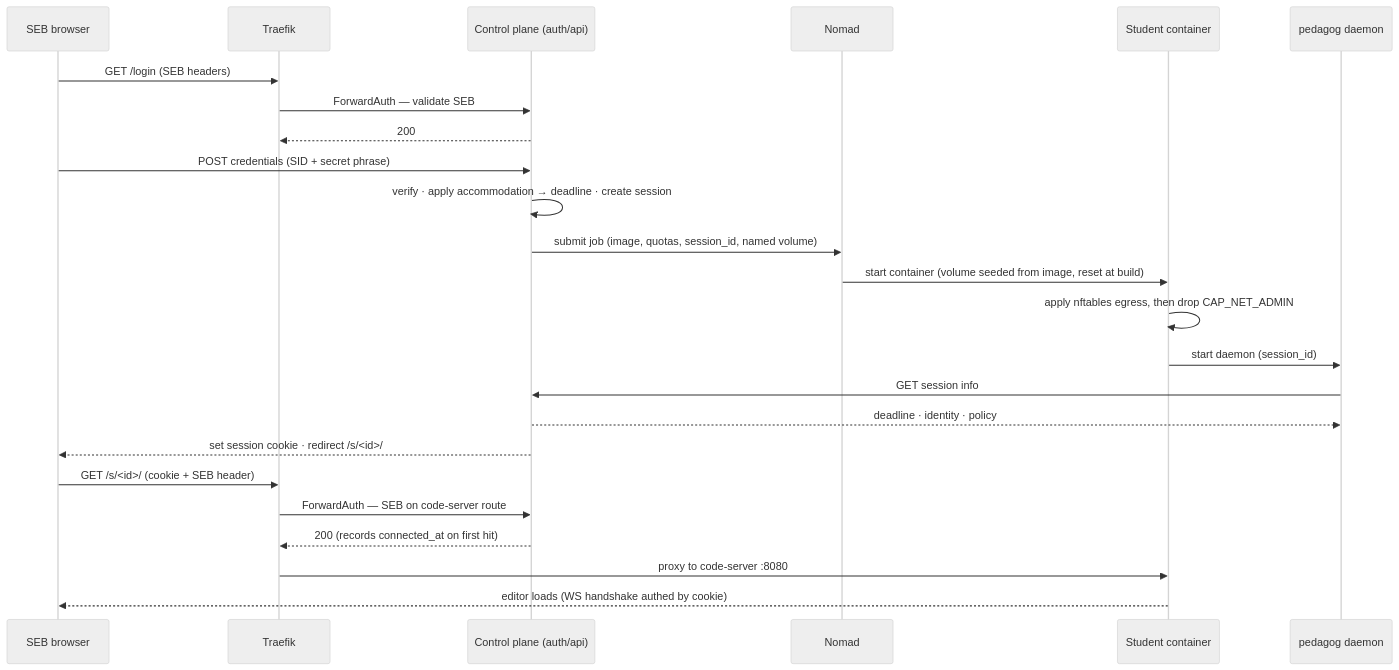
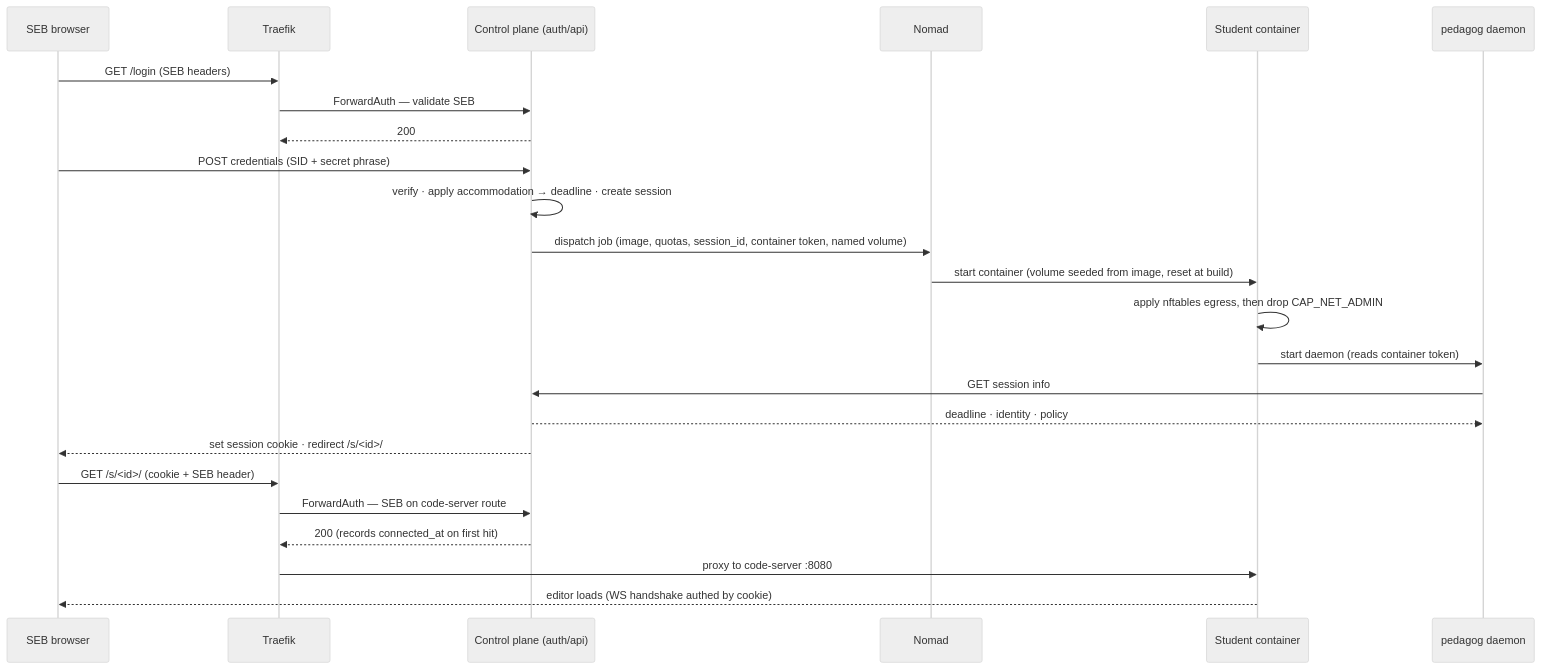
Before and after one commit to pedagog-org/pedagog: the fourth of 9 diagrams in docs/02-design-exam-system.md, drawn with Mermaid (neutral theme). The commit also changed other lines of this file and 4 other files, not shown here.

First line of the commit message:
docs: split public session_id from secret container token

````diff
--- a/docs/02-design-exam-system.md
+++ b/docs/02-design-exam-system.md
@@ -358,27 +365,27 @@
 ```mermaid
 sequenceDiagram
   participant S as SEB browser
   participant T as Traefik
   participant A as Control plane (auth/api)
   participant N as Nomad
   participant C as Student container
   participant D as pedagog daemon
 
   S->>T: GET /login (SEB headers)
   T->>A: ForwardAuth — validate SEB
   A-->>T: 200
   S->>A: POST credentials (SID + secret phrase)
   A->>A: verify · apply accommodation → deadline · create session
-  A->>N: submit job (image, quotas, session_id, named volume)
+  A->>N: dispatch job (image, quotas, session_id, container token, named volume)
   N->>C: start container (volume seeded from image, reset at build)
   C->>C: apply nftables egress, then drop CAP_NET_ADMIN
-  C->>D: start daemon (session_id)
+  C->>D: start daemon (reads container token)
   D->>A: GET session info
   A-->>D: deadline · identity · policy
   A-->>S: set session cookie · redirect /s/<id>/
   S->>T: GET /s/<id>/ (cookie + SEB header)
   T->>A: ForwardAuth — SEB on code-server route
   A-->>T: 200 (records connected_at on first hit)
   T->>C: proxy to code-server :8080
   C-->>S: editor loads (WS handshake authed by cookie)
 ```
````
